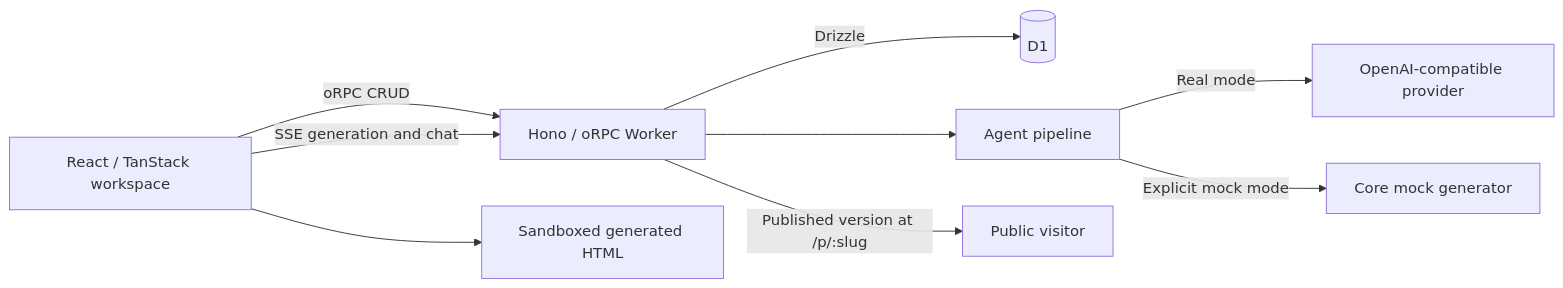
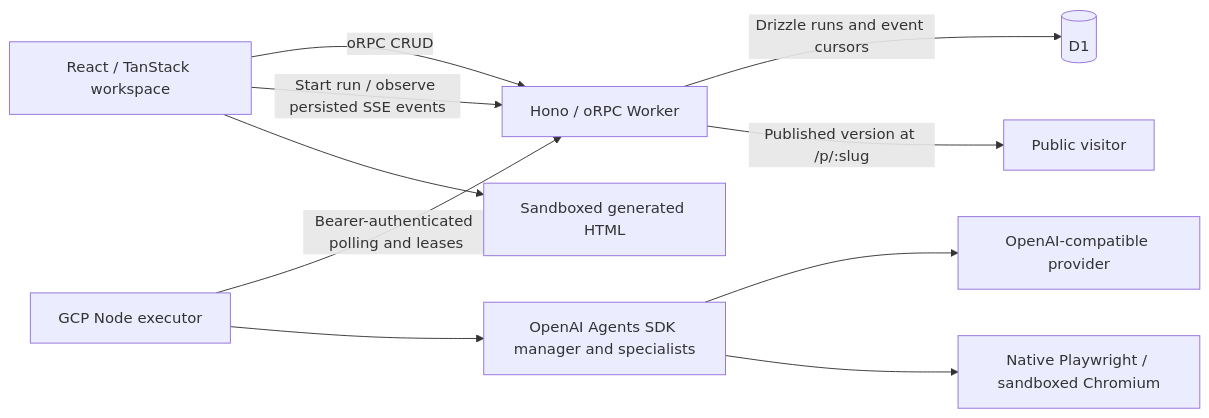
One commit to Muluk-m/formlane changed the diagram in README.md. Above: the diagram before and after it, drawn with Mermaid. The commit also changed other lines of this file and 79 other files, not shown here.

Commit message:
feat: run durable multi-agent harness on GCP

````diff
--- a/README.md
+++ b/README.md
@@ -36,11 +37,12 @@
 ```mermaid
 flowchart LR
   Web[React / TanStack workspace] -->|oRPC CRUD| API[Hono / oRPC Worker]
-  Web -->|SSE generation and chat| API
-  API -->|Drizzle| D1[(D1)]
-  API --> Pipeline[Agent pipeline]
-  Pipeline -->|Real mode| Provider[OpenAI-compatible provider]
-  Pipeline -->|Explicit mock mode| Mock[Core mock generator]
+  Web -->|Start run / observe persisted SSE events| API
+  API -->|Drizzle runs and event cursors| D1[(D1)]
+  Executor[GCP Node executor] -->|Bearer-authenticated polling and leases| API
+  Executor --> Manager[OpenAI Agents SDK manager and specialists]
+  Manager --> Provider[OpenAI-compatible provider]
+  Manager --> Browser[Native Playwright / sandboxed Chromium]
   Web --> Preview[Sandboxed generated HTML]
   API -->|Published version at /p/:slug| Public[Public visitor]
 ```
````
